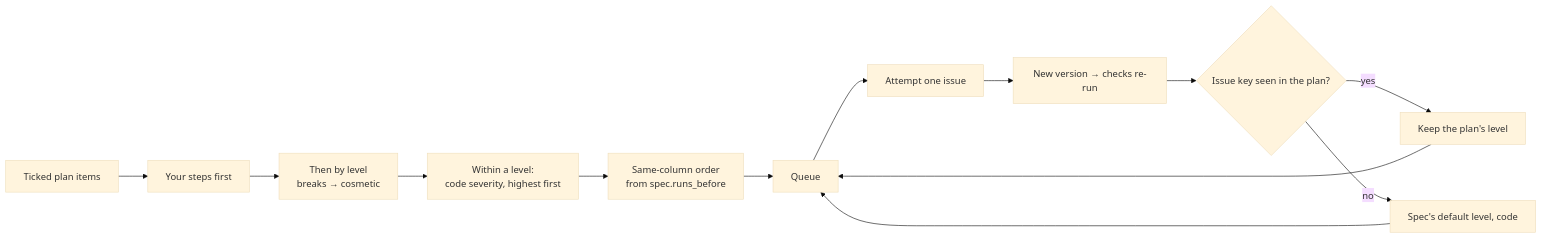
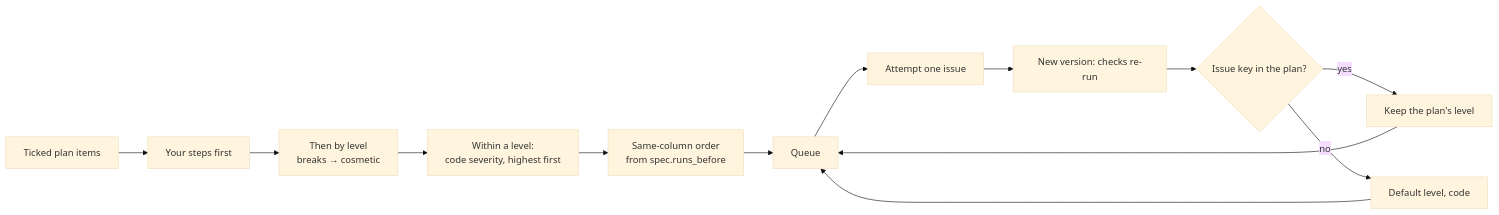
Before and after one commit to n1mk1/sherlock: the tenth of 16 diagrams in docs/plans/cleaner-detectors-and-severity.md, drawn with Mermaid (base theme). The commit also changed other lines of this file, not shown here.

````diff
--- a/docs/plans/cleaner-detectors-and-severity.md
+++ b/docs/plans/cleaner-detectors-and-severity.md
@@ -350,15 +484,15 @@
 ```mermaid
 flowchart LR
     T[Ticked plan items] --> O0[Your steps first]
-    O0 --> O1[Then by level<br/>breaks → cosmetic]
-    O1 --> O2[Within a level:<br/>code severity, highest first]
-    O2 --> O3[Same-column order<br/>from spec.runs_before]
+    O0 --> O1["Then by level<br/>breaks → cosmetic"]
+    O1 --> O2["Within a level:<br/>code severity, highest first"]
+    O2 --> O3["Same-column order<br/>from spec.runs_before"]
     O3 --> Q[Queue]
     Q --> X[Attempt one issue]
-    X --> V[New version → checks re-run]
-    V --> N{Issue key seen in the plan?}
+    X --> V[New version: checks re-run]
+    V --> N{Issue key in the plan?}
     N -- yes --> L1[Keep the plan's level]
-    N -- no --> L2[Spec's default level, code]
+    N -- no --> L2[Default level, code]
     L1 --> Q
     L2 --> Q
 ```
````
